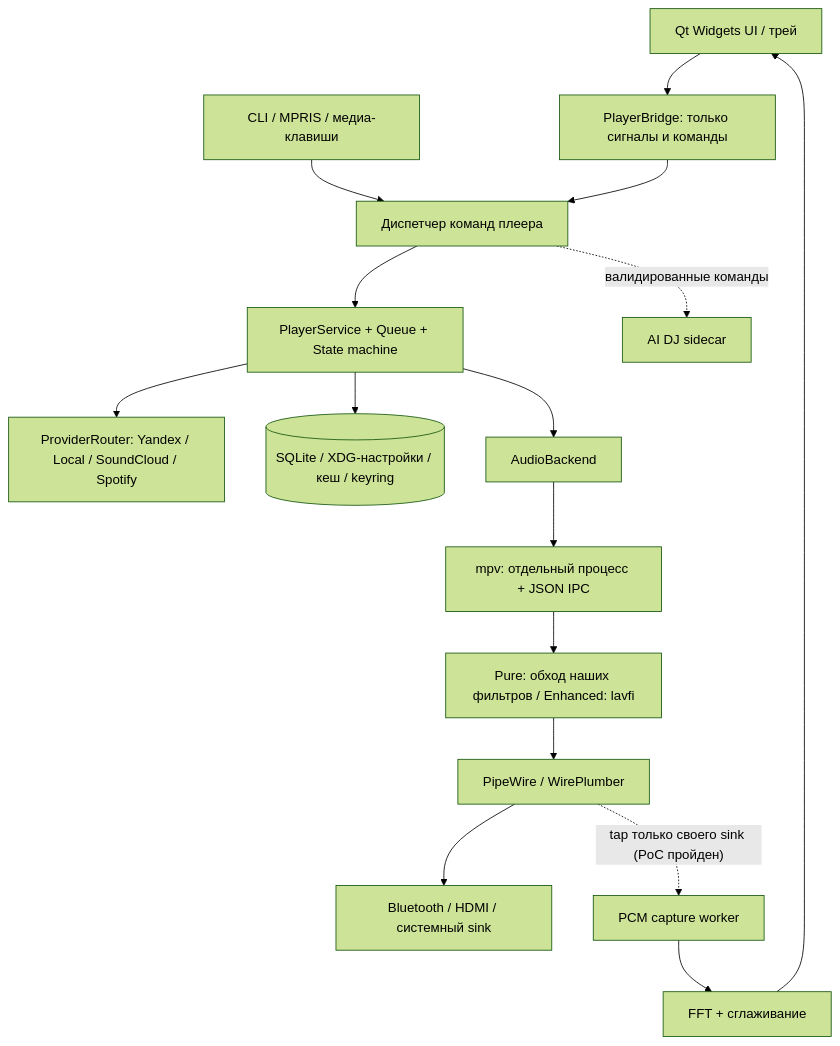
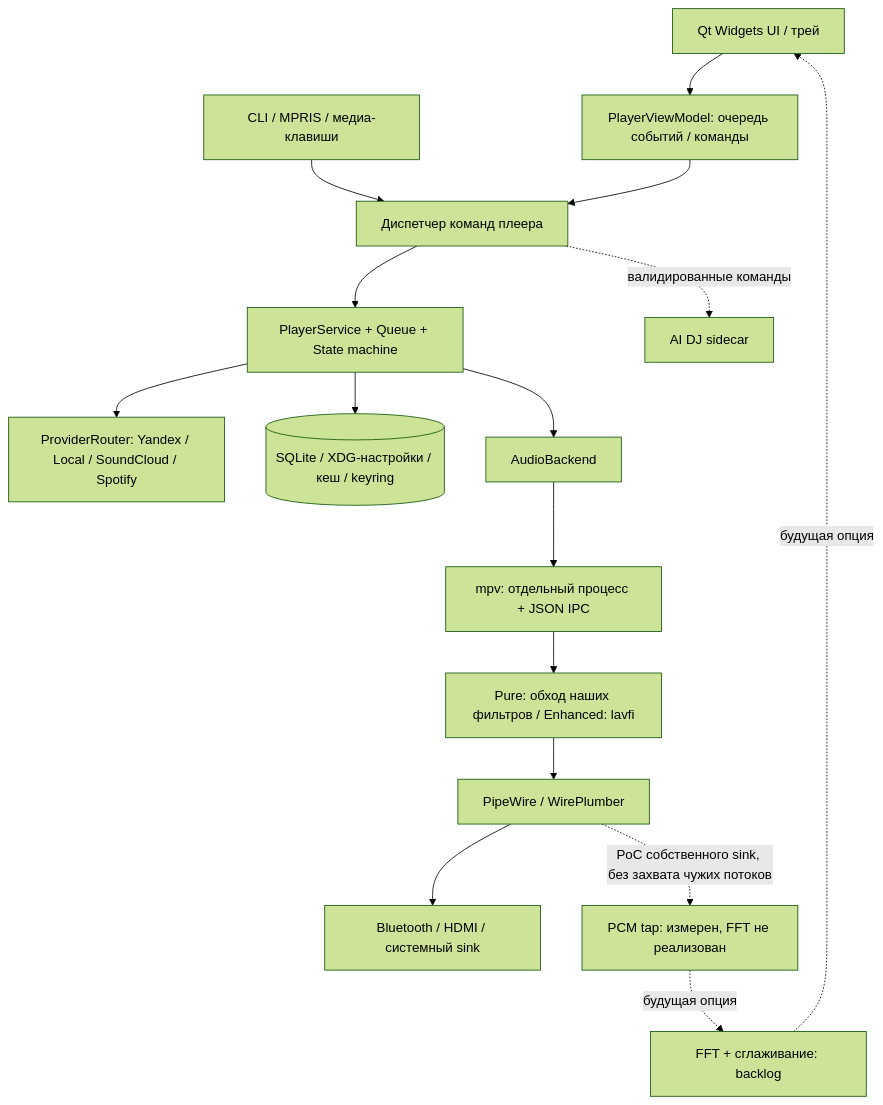
One commit to IIaJIaDuH/NeuroWave changed the diagram in docs/ARCHITECTURE.md. Above: the diagram before and after it, drawn with Mermaid (forest theme). The commit also changed other lines of this file, not shown here.

Commit message:
docs(architecture): mark implemented Qt/PCM PoC, correct competitor comparison and planned AI

````diff
--- a/docs/ARCHITECTURE.md
+++ b/docs/ARCHITECTURE.md
@@ -7,18 +7,18 @@
 ```mermaid
 flowchart TB
-  UI[Qt Widgets UI / трей] --> BR[PlayerBridge: только сигналы и команды]
+  UI[Qt Widgets UI / трей] --> BR[PlayerViewModel: очередь событий / команды]
   CLI[CLI / MPRIS / медиа-клавиши] --> DISP[Диспетчер команд плеера]
   BR --> DISP
   DISP --> CORE[PlayerService + Queue + State machine]
   CORE --> PROV[ProviderRouter: Yandex / Local / SoundCloud / Spotify]
   CORE --> DATA[(SQLite / XDG-настройки / кеш / keyring)]
   CORE --> AB[AudioBackend]
   AB --> MPV[mpv: отдельный процесс + JSON IPC]
   MPV --> DSP[Pure: обход наших фильтров / Enhanced: lavfi]
   DSP --> PW[PipeWire / WirePlumber]
   PW --> OUT[Bluetooth / HDMI / системный sink]
-  PW -. tap только своего sink (PoC пройден) .-> TAP[PCM capture worker]
-  TAP --> FFT[FFT + сглаживание]
-  FFT --> UI
+  PW -. PoC собственного sink, без захвата чужих потоков .-> TAP[PCM tap: измерен, FFT не реализован]
+  TAP -. будущая опция .-> FFT[FFT + сглаживание: backlog]
+  FFT -. будущая опция .-> UI
   DISP -. валидированные команды .-> AI[AI DJ sidecar]
 ```
````
